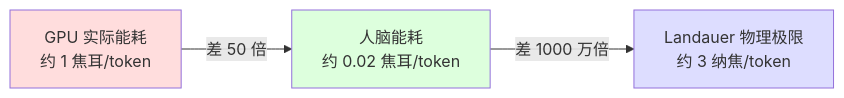
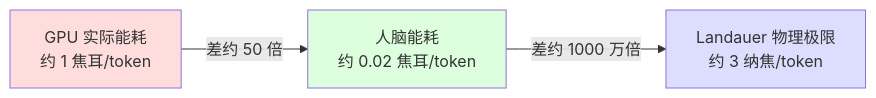
Before and after one commit to gwailee/uid: the first of 3 diagrams in 30minutes_report.md, drawn with Mermaid. The commit also changed other lines of this file, not shown here.

````diff
--- a/30minutes_report.md
+++ b/30minutes_report.md
@@ -134,9 +141,9 @@
 ```mermaid
 flowchart LR
-    A["GPU 实际能耗<br/>约 1 焦耳/token"] -->|"差 50 倍"| B["人脑能耗<br/>约 0.02 焦耳/token"]
-    B -->|"差 1000 万倍"| C["Landauer 物理极限<br/>约 3 纳焦/token"]
+    A["GPU 实际能耗<br/>约 1 焦耳/token"] -->|"差约 50 倍"| B["人脑能耗<br/>约 0.02 焦耳/token"]
+    B -->|"差约 1000 万倍"| C["Landauer 物理极限<br/>约 3 纳焦/token"]
 
     style A fill:#fdd
     style B fill:#dfd
     style C fill:#ddf
 ```
````
